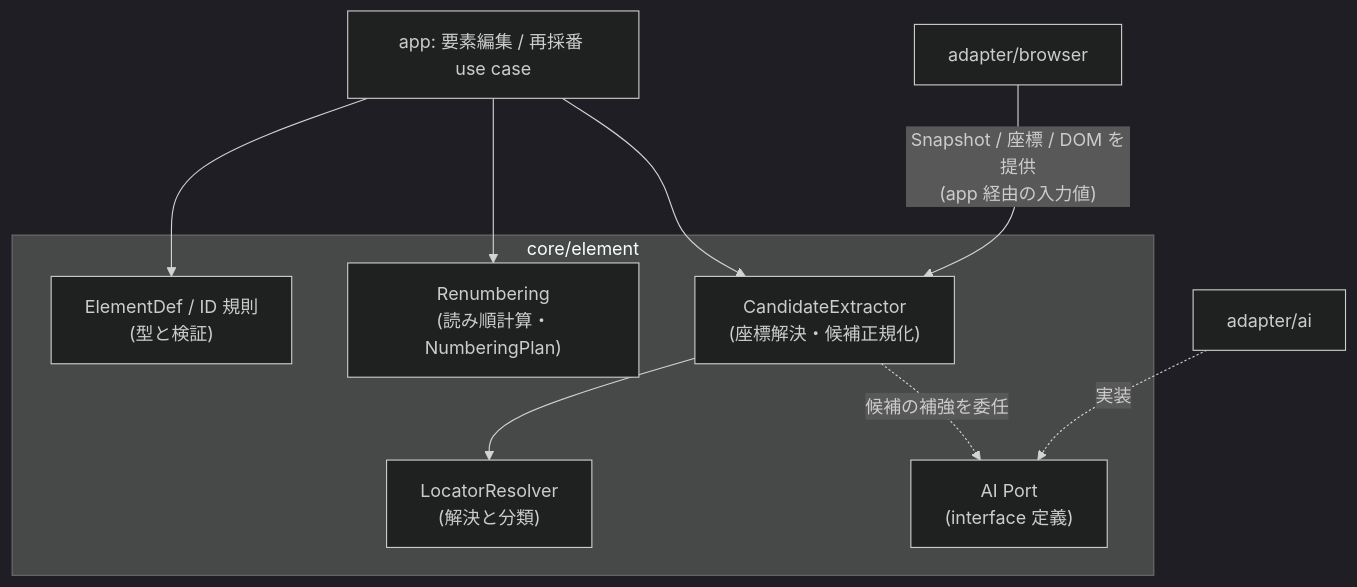
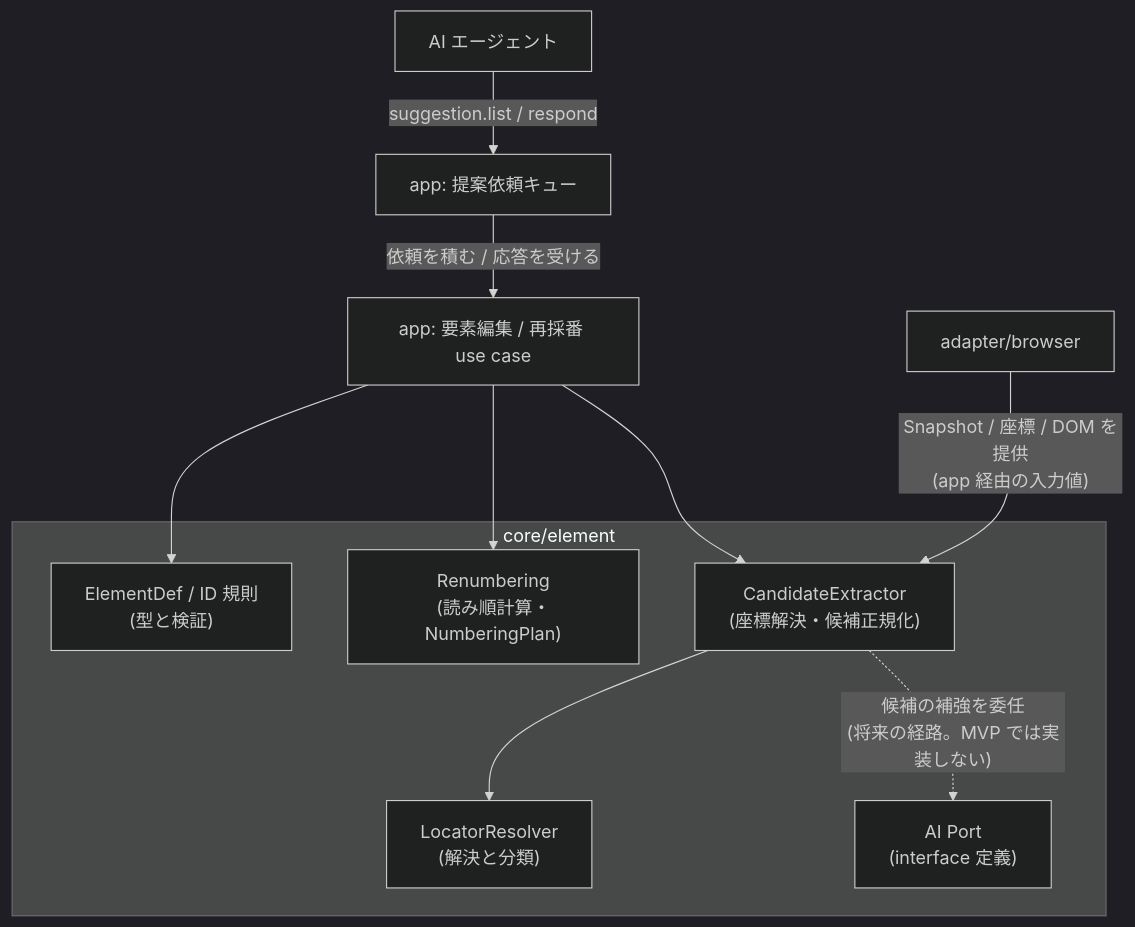
The first of 2 diagrams in design/features/element-mapping/DesignDoc_element-mapping.md (Fukuemon/screen-contract), drawn with Mermaid (dark theme) before and after one commit. The commit also changed other lines of this file and 16 other files, not shown here.

````diff
--- a/design/features/element-mapping/DesignDoc_element-mapping.md
+++ b/design/features/element-mapping/DesignDoc_element-mapping.md
@@ -142,17 +142,18 @@
 ```mermaid
 flowchart TD
     subgraph core/element
         idrule["ElementDef / ID 規則<br/>(型と検証)"]
         loc["LocatorResolver<br/>(解決と分類)"]
         num["Renumbering<br/>(読み順計算・NumberingPlan)"]
         cand["CandidateExtractor<br/>(座標解決・候補正規化)"]
         aiport["AI Port<br/>(interface 定義)"]
     end
     appuc["app: 要素編集 / 再採番 use case"] --> idrule
     appuc --> num
     appuc --> cand
     cand --> loc
-    cand -. 候補の補強を委任 .-> aiport
-    aiadp["adapter/ai"] -. 実装 .-> aiport
+    cand -. "候補の補強を委任<br/>(将来の経路。MVP では実装しない)" .-> aiport
     browser["adapter/browser"] -- Snapshot / 座標 / DOM を提供<br/>(app 経由の入力値) --> cand
+    queue["app: 提案依頼キュー"] -- "依頼を積む / 応答を受ける" --> appuc
+    agentcli["AI エージェント"] -- "suggestion.list / respond" --> queue
 ```
````
